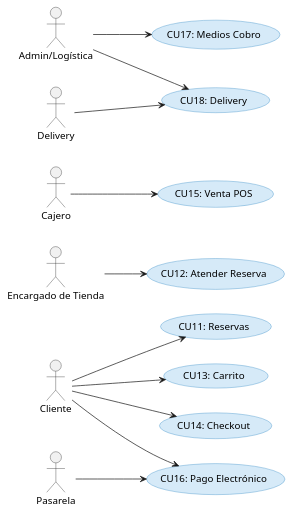
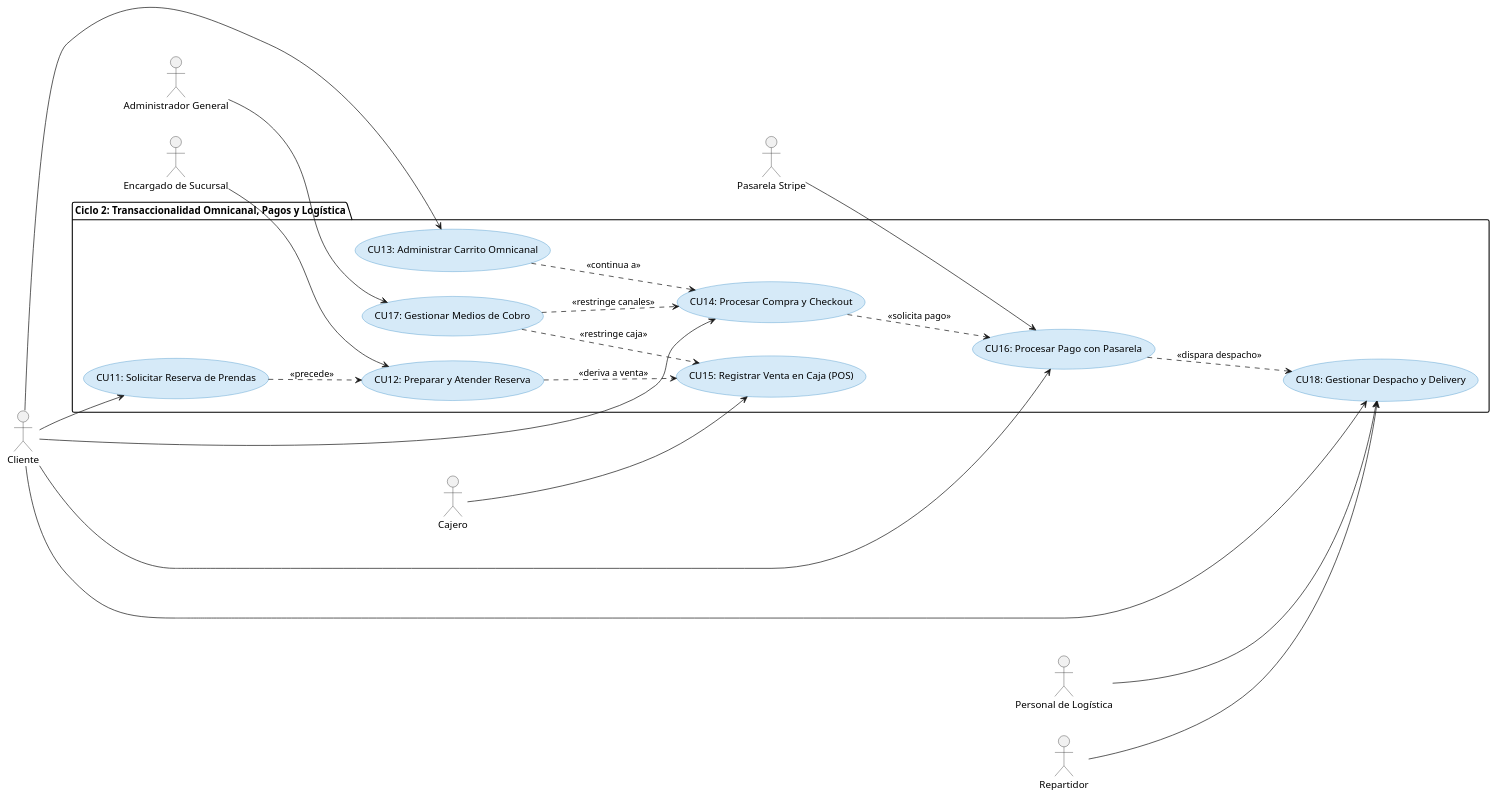
The ninth of 9 diagrams in DOCUMENTACION2/ciclo2.md (INGvainilla/1erParcial), drawn with PlantUML before and after one commit. The commit also changed other lines of this file and 60 other files, not shown here.

````diff
--- a/DOCUMENTACION2/ciclo2.md
+++ b/DOCUMENTACION2/ciclo2.md
@@ -394,36 +505,49 @@
 ```plantuml
 @startuml Estructurar_Caso_de_Uso_Ciclo2
 left to right direction
 skinparam usecase {
   BackgroundColor #D6EAF8
   BorderColor #2E86C1
 }
 
 actor "Cliente" as Cliente
-actor "Encargado de Tienda" as Encargado
+actor "Encargado de Sucursal" as Encargado
 actor "Cajero" as Cajero
-actor "Pasarela" as Pasarela
-actor "Admin/Logística" as AdminLog
-actor "Delivery" as Delivery
+actor "Administrador General" as Admin
+actor "Personal de Logística" as Logistica
+actor "Repartidor" as Delivery
+actor "Pasarela Stripe" as Pasarela
 
-usecase "CU11: Reservas" as CU11
-usecase "CU12: Atender Reserva" as CU12
-usecase "CU13: Carrito" as CU13
-usecase "CU14: Checkout" as CU14
-usecase "CU15: Venta POS" as CU15
-usecase "CU16: Pago Electrónico" as CU16
-usecase "CU17: Medios Cobro" as CU17
-usecase "CU18: Delivery" as CU18
+package "Ciclo 2: Transaccionalidad Omnicanal, Pagos y Logística" {
+  usecase "CU11: Solicitar Reserva de Prendas" as CU11
+  usecase "CU12: Preparar y Atender Reserva" as CU12
+  usecase "CU13: Administrar Carrito Omnicanal" as CU13
+  usecase "CU14: Procesar Compra y Checkout" as CU14
+  usecase "CU15: Registrar Venta en Caja (POS)" as CU15
+  usecase "CU16: Procesar Pago con Pasarela" as CU16
+  usecase "CU17: Gestionar Medios de Cobro" as CU17
+  usecase "CU18: Gestionar Despacho y Delivery" as CU18
+}
 
 Cliente --> CU11
 Cliente --> CU13
 Cliente --> CU14
 Cliente --> CU16
+Cliente --> CU18
+
 Encargado --> CU12
 Cajero --> CU15
 Pasarela --> CU16
-AdminLog --> CU17
-AdminLog --> CU18
+Admin --> CU17
+Logistica --> CU18
 Delivery --> CU18
+
+CU11 ..> CU12 : <<precede>>
+CU12 ..> CU15 : <<deriva a venta>>
+CU13 ..> CU14 : <<continua a>>
+CU14 ..> CU16 : <<solicita pago>>
+CU16 ..> CU18 : <<dispara despacho>>
+CU17 ..> CU14 : <<restringe canales>>
+CU17 ..> CU15 : <<restringe caja>>
 @enduml
 ```
````
